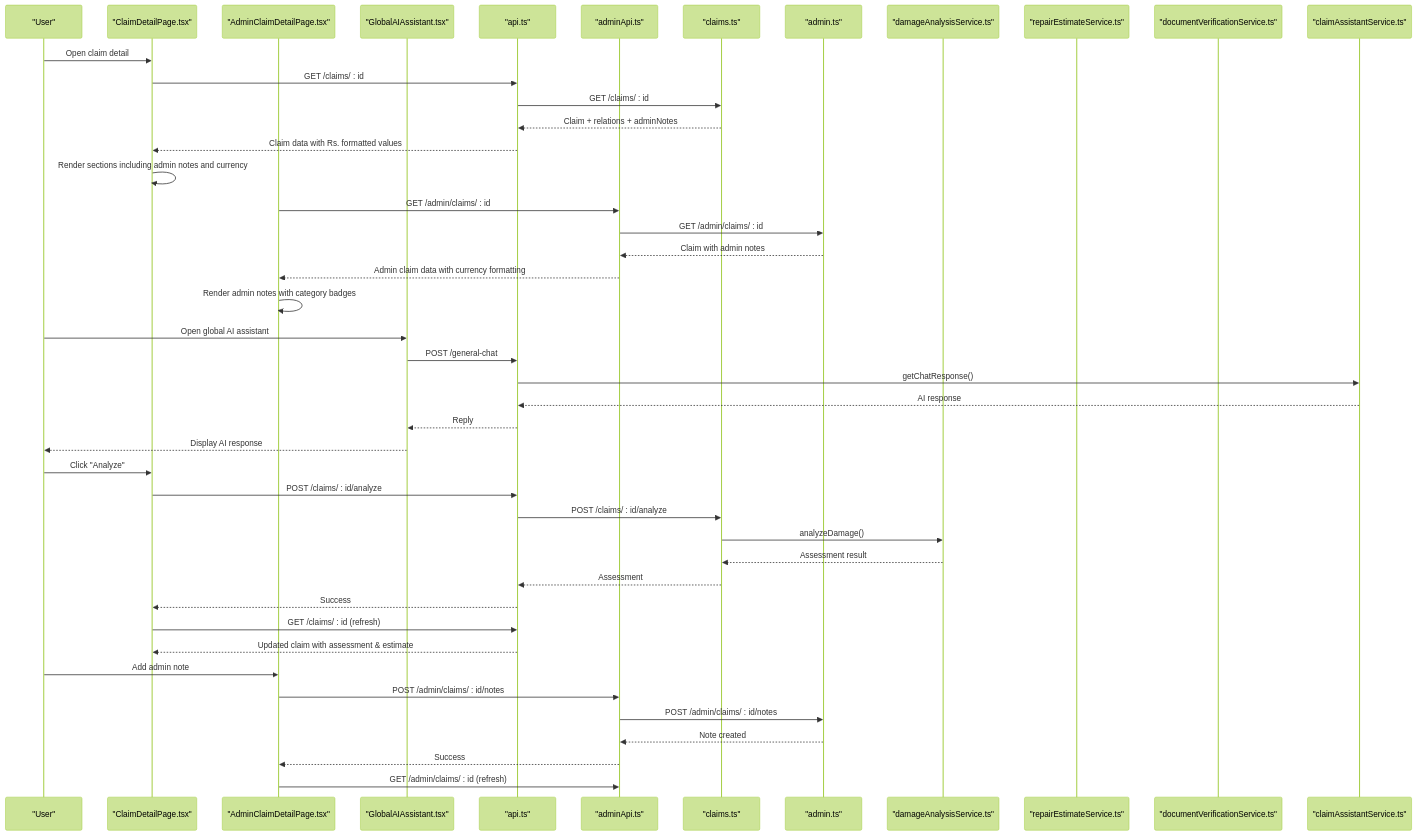
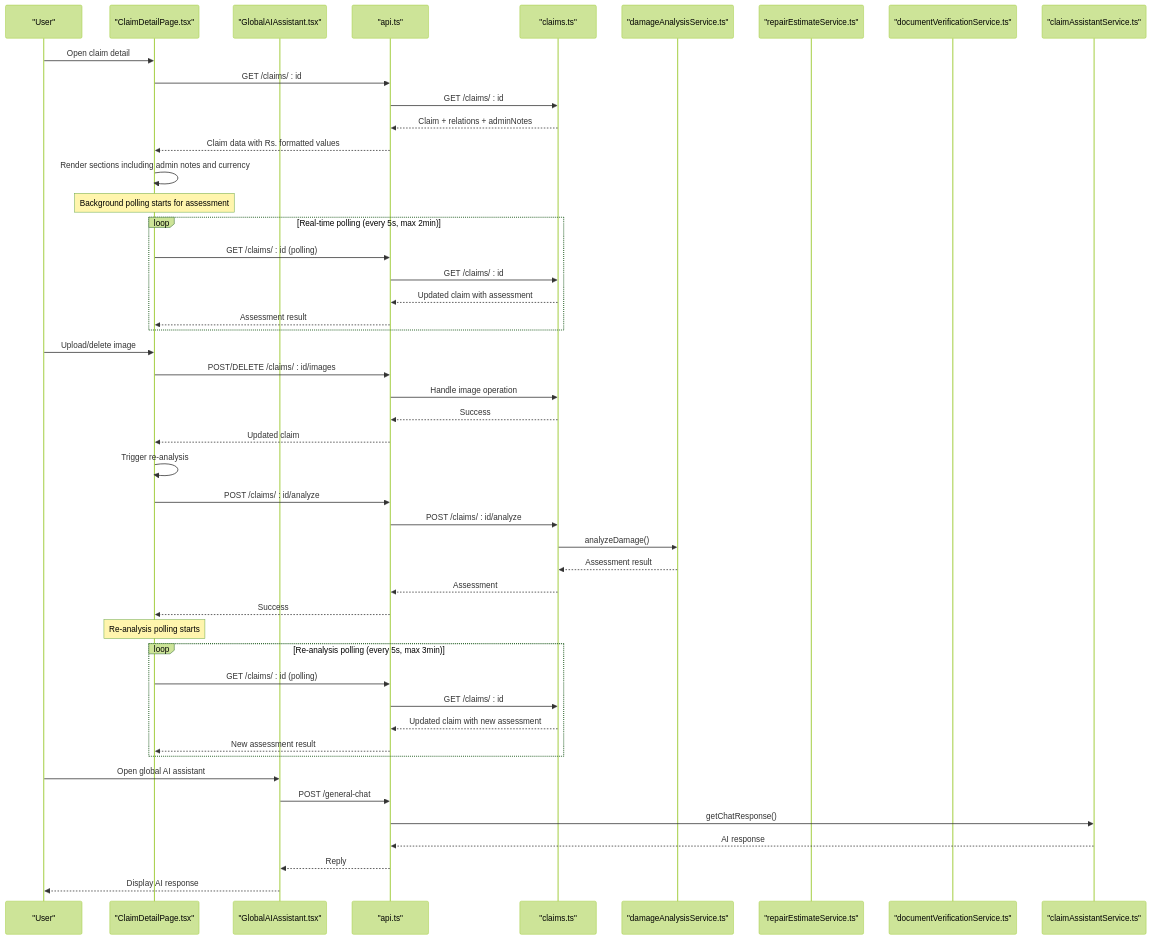
Before and after one commit to NaveenHiranya/Smart-Vehicle-Insurance-Claim-System: the second of 3 diagrams in .qoder/repowiki/en/content/Frontend Documentation/Pages and Views/User Pages/Claim Detail Page.md, drawn with Mermaid (forest theme). The commit also changed other lines of this file and 33 other files, not shown here.

````diff
--- a/.qoder/repowiki/en/content/Frontend Documentation/Pages and Views/User Pages/Claim Detail Page.md
+++ b/.qoder/repowiki/en/content/Frontend Documentation/Pages and Views/User Pages/Claim Detail Page.md
@@ -133,47 +148,50 @@
 ```mermaid
 sequenceDiagram
 participant U as "User"
 participant F as "ClaimDetailPage.tsx"
-participant AF as "AdminClaimDetailPage.tsx"
 participant GA as "GlobalAIAssistant.tsx"
 participant A as "api.ts"
-participant AA as "adminApi.ts"
 participant R as "claims.ts"
-participant AR as "admin.ts"
 participant S1 as "damageAnalysisService.ts"
 participant S2 as "repairEstimateService.ts"
 participant S3 as "documentVerificationService.ts"
 participant S4 as "claimAssistantService.ts"
 U->>F : Open claim detail
 F->>A : GET /claims/ : id
 A->>R : GET /claims/ : id
 R-->>A : Claim + relations + adminNotes
 A-->>F : Claim data with Rs. formatted values
 F->>F : Render sections including admin notes and currency
-AF->>AA : GET /admin/claims/ : id
-AA->>AR : GET /admin/claims/ : id
-AR-->>AA : Claim with admin notes
-AA-->>AF : Admin claim data with currency formatting
-AF->>AF : Render admin notes with category badges
+Note over F : Background polling starts for assessment
+loop Real-time polling (every 5s, max 2min)
+F->>A : GET /claims/ : id (polling)
+A->>R : GET /claims/ : id
+R-->>A : Updated claim with assessment
+A-->>F : Assessment result
+end
+U->>F : Upload/delete image
+F->>A : POST/DELETE /claims/ : id/images
+A->>R : Handle image operation
+R-->>A : Success
+A-->>F : Updated claim
+F->>F : Trigger re-analysis
+F->>A : POST /claims/ : id/analyze
+A->>R : POST /claims/ : id/analyze
+R->>S1 : analyzeDamage()
+S1-->>R : Assessment result
+R-->>A : Assessment
+A-->>F : Success
+Note over F : Re-analysis polling starts
+loop Re-analysis polling (every 5s, max 3min)
+F->>A : GET /claims/ : id (polling)
+A->>R : GET /claims/ : id
+R-->>A : Updated claim with new assessment
+A-->>F : New assessment result
+end
 U->>GA : Open global AI assistant
 GA->>A : POST /general-chat
 A->>S4 : getChatResponse()
 S4-->>A : AI response
 A-->>GA : Reply
 GA-->>U : Display AI response
-U->>F : Click "Analyze"
-F->>A : POST /claims/ : id/analyze
-A->>R : POST /claims/ : id/analyze
-R->>S1 : analyzeDamage()
-S1-->>R : Assessment result
-R-->>A : Assessment
-A-->>F : Success
-F->>A : GET /claims/ : id (refresh)
-A-->>F : Updated claim with assessment & estimate
-U->>AF : Add admin note
-AF->>AA : POST /admin/claims/ : id/notes
-AA->>AR : POST /admin/claims/ : id/notes
-AR-->>AA : Note created
-AA-->>AF : Success
-AF->>AA : GET /admin/claims/ : id (refresh)
 ```
````
